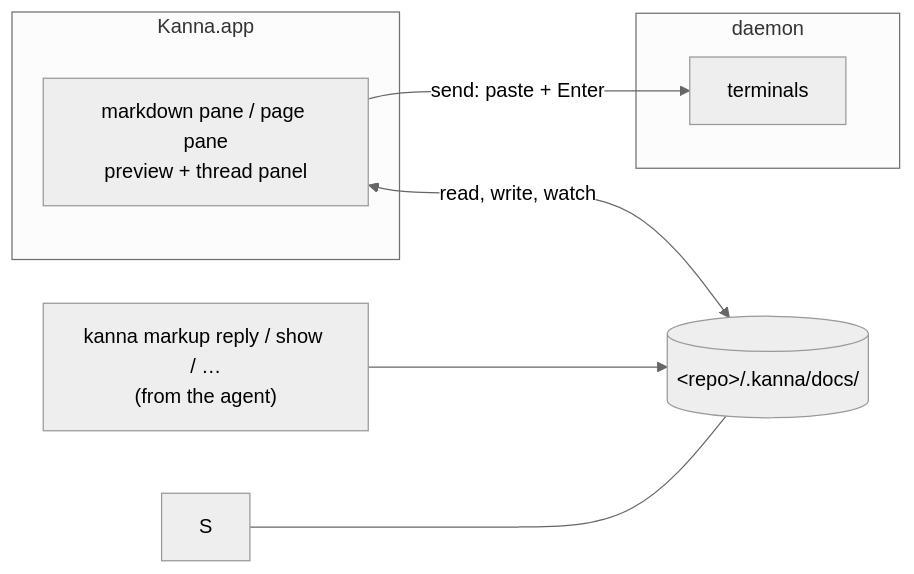
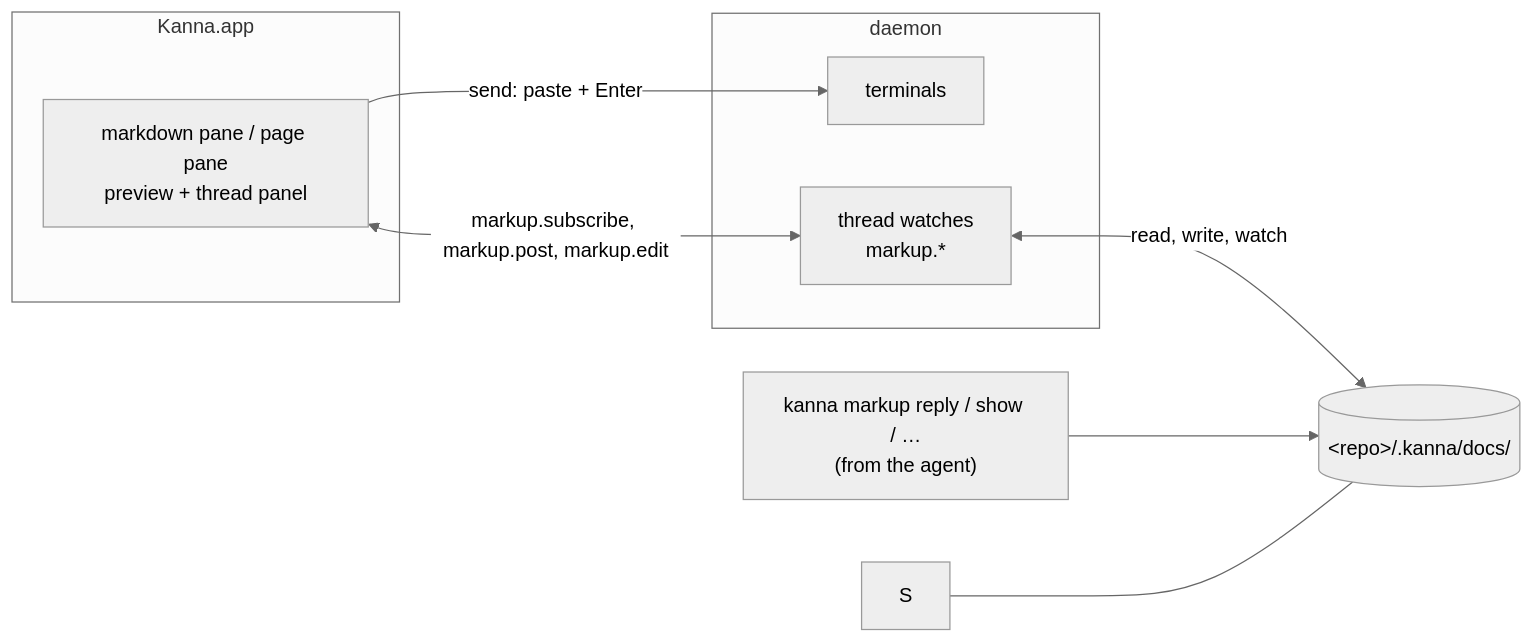
Before and after one commit to tampopogk/kanna: the third of 3 diagrams in docs/specs/doc-markup.md, drawn with Mermaid (neutral theme). The commit also changed other lines of this file and 19 other files, not shown here.

````diff
--- a/docs/specs/doc-markup.md
+++ b/docs/specs/doc-markup.md
@@ -155,15 +155,17 @@
 ```mermaid
 flowchart LR
     subgraph app["Kanna.app"]
         V["markdown pane / page pane<br/>preview + thread panel"]
     end
     F["thread file<br/>.kanna/docs/PATH.json"]
     subgraph daemon["daemon"]
         T["terminals"]
+        D["thread watches<br/>markup.*"]
     end
     CLI["kanna markup reply / show / …<br/>(from the agent)"]
-    V <-->|"read, write, watch"| F
+    V <-->|"markup.subscribe, markup.post, markup.edit"| D
+    D <-->|"read, write, watch"| F
     V -->|"send: paste + Enter"| T
     CLI --> F
     S --- F[("&lt;repo&gt;/.kanna/docs/")]
 ```
````
